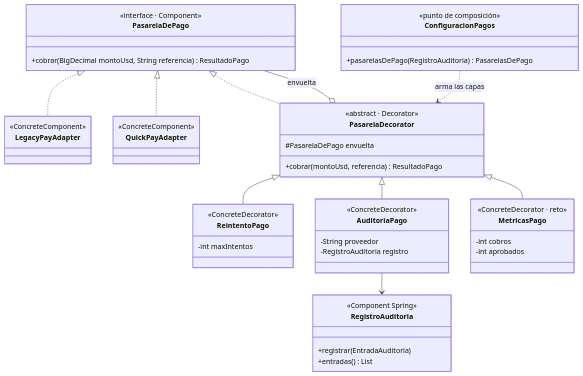
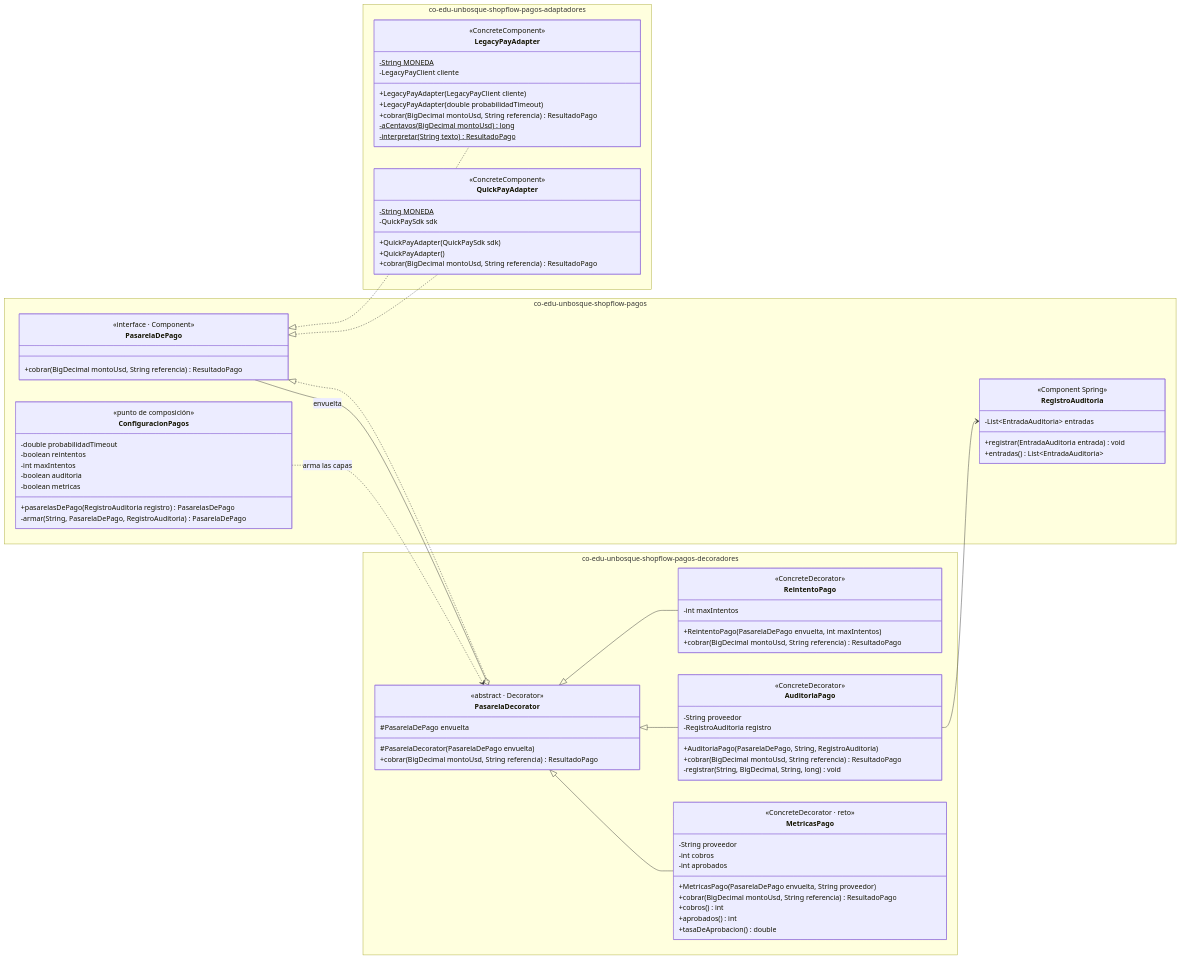
Before and after one commit to rc-0105/shopflow-patrones-diseno: the fourth of 6 diagrams in README.md, drawn with Mermaid. The commit also changed other lines of this file, not shown here.

Commit message:
Completar diagramas de clases

````diff
--- a/README.md
+++ b/README.md
@@ -237,42 +400,80 @@
 ```mermaid
 classDiagram
-    class PasarelaDePago {
-        <<interface · Component>>
-        +cobrar(BigDecimal montoUsd, String referencia) ResultadoPago
+    direction LR
+    namespace co-edu-unbosque-shopflow-pagos-adaptadores {
+        class LegacyPayAdapter {
+            <<ConcreteComponent>>
+            -String MONEDA$
+            -LegacyPayClient cliente
+            +LegacyPayAdapter(LegacyPayClient cliente)
+            +LegacyPayAdapter(double probabilidadTimeout)
+            +cobrar(BigDecimal montoUsd, String referencia) ResultadoPago
+            -aCentavos(BigDecimal montoUsd)$ long
+            -interpretar(String texto)$ ResultadoPago
+        }
+        class QuickPayAdapter {
+            <<ConcreteComponent>>
+            -String MONEDA$
+            -QuickPaySdk sdk
+            +QuickPayAdapter(QuickPaySdk sdk)
+            +QuickPayAdapter()
+            +cobrar(BigDecimal montoUsd, String referencia) ResultadoPago
+        }
     }
-    class LegacyPayAdapter {
-        <<ConcreteComponent>>
+    namespace co-edu-unbosque-shopflow-pagos {
+        class PasarelaDePago {
+            <<interface · Component>>
+            +cobrar(BigDecimal montoUsd, String referencia) ResultadoPago
+        }
+        class RegistroAuditoria {
+            <<Component Spring>>
+            -List~EntradaAuditoria~ entradas
+            +registrar(EntradaAuditoria entrada) void
+            +entradas() List~EntradaAuditoria~
+        }
+        class ConfiguracionPagos {
+            <<punto de composición>>
+            -double probabilidadTimeout
+            -boolean reintentos
+            -int maxIntentos
+            -boolean auditoria
+            -boolean metricas
+            +pasarelasDePago(RegistroAuditoria registro) PasarelasDePago
+            -armar(String, PasarelaDePago, RegistroAuditoria) PasarelaDePago
+        }
     }
-    class QuickPayAdapter {
-        <<ConcreteComponent>>
-    }
-    class PasarelaDecorator {
-        <<abstract · Decorator>>
-        #PasarelaDePago envuelta
-        +cobrar(montoUsd, referencia) ResultadoPago
-    }
-    class ReintentoPago {
-        <<ConcreteDecorator>>
-        -int maxIntentos
-    }
-    class AuditoriaPago {
-        <<ConcreteDecorator>>
-        -String proveedor
-        -RegistroAuditoria registro
-    }
-    class MetricasPago {
-        <<ConcreteDecorator · reto>>
-        -int cobros
-        -int aprobados
-    }
-    class RegistroAuditoria {
-        <<Component Spring>>
-        +registrar(EntradaAuditoria)
-        +entradas() List
-    }
-    class ConfiguracionPagos {
-        <<punto de composición>>
-        +pasarelasDePago(RegistroAuditoria) PasarelasDePago
+    namespace co-edu-unbosque-shopflow-pagos-decoradores {
+        class PasarelaDecorator {
+            <<abstract · Decorator>>
+            #PasarelaDePago envuelta
+            #PasarelaDecorator(PasarelaDePago envuelta)
+            +cobrar(BigDecimal montoUsd, String referencia) ResultadoPago
+        }
+        class ReintentoPago {
+            <<ConcreteDecorator>>
+            -int maxIntentos
+            +ReintentoPago(PasarelaDePago envuelta, int maxIntentos)
+            +cobrar(BigDecimal montoUsd, String referencia) ResultadoPago
+        }
+        class AuditoriaPago {
+            <<ConcreteDecorator>>
+            -String proveedor
+            -RegistroAuditoria registro
+            +AuditoriaPago(PasarelaDePago, String, RegistroAuditoria)
+            +cobrar(BigDecimal montoUsd, String referencia) ResultadoPago
+            -registrar(String, BigDecimal, String, long) void
+        }
+        class MetricasPago {
+            <<ConcreteDecorator · reto>>
+            -String proveedor
+            -int cobros
+            -int aprobados
+            +MetricasPago(PasarelaDePago envuelta, String proveedor)
+            +cobrar(BigDecimal montoUsd, String referencia) ResultadoPago
+            +cobros() int
+            +aprobados() int
+            +tasaDeAprobacion() double
+        }
     }
     PasarelaDePago <|.. LegacyPayAdapter
     PasarelaDePago <|.. QuickPayAdapter
````
